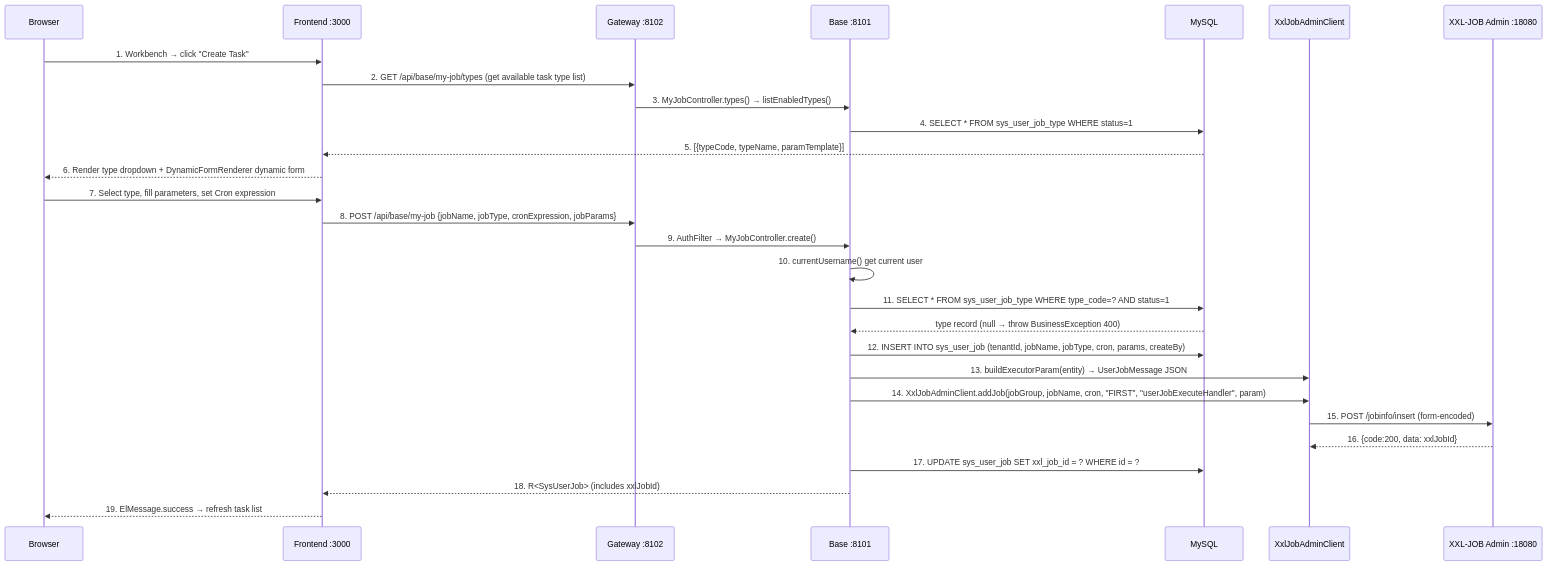
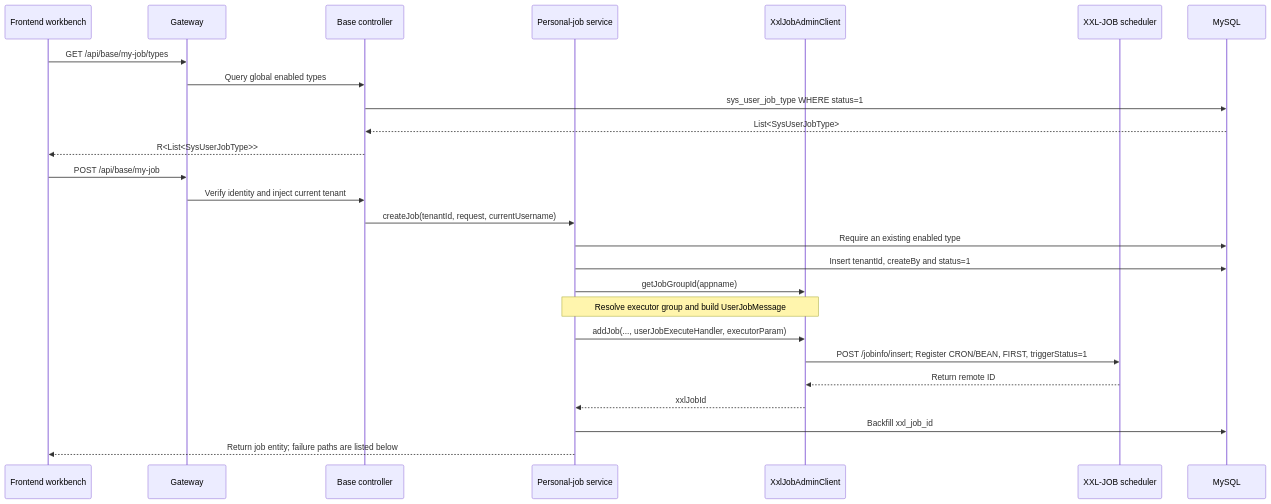
Diagram 12 of 21 in docs/core-flows.en.md (wang-baohai/Omni-Stack), drawn with Mermaid before and after one commit. The commit also changed other lines of this file and 1095 other files, not shown here.

````diff
--- a/docs/core-flows.en.md
+++ b/docs/core-flows.en.md
@@ -1315,32 +1047,28 @@
 ```mermaid
 sequenceDiagram
-    participant B as Browser
-    participant F as Frontend :3000
-    participant G as Gateway :8102
-    participant Base as Base :8101
-    participant M as MySQL
+    participant F as Frontend workbench
+    participant G as Gateway
+    participant C as Base controller
+    participant S as Personal-job service
     participant X as XxlJobAdminClient
-    participant XA as XXL-JOB Admin :18080
-
-    B->>F: 1. Workbench → click "Create Task"
-    F->>G: 2. GET /api/base/my-job/types (get available task type list)
-    G->>Base: 3. MyJobController.types() → listEnabledTypes()
-    Base->>M: 4. SELECT * FROM sys_user_job_type WHERE status=1
-    M-->>F: 5. [{typeCode, typeName, paramTemplate}]
-    F-->>B: 6. Render type dropdown + DynamicFormRenderer dynamic form
-
-    B->>F: 7. Select type, fill parameters, set Cron expression
-    F->>G: 8. POST /api/base/my-job {jobName, jobType, cronExpression, jobParams}
-    G->>Base: 9. AuthFilter → MyJobController.create()
-    Base->>Base: 10. currentUsername() get current user
-    Base->>M: 11. SELECT * FROM sys_user_job_type WHERE type_code=? AND status=1
-    M-->>Base: type record (null → throw BusinessException 400)
-    Base->>M: 12. INSERT INTO sys_user_job (tenantId, jobName, jobType, cron, params, createBy)
-    Base->>X: 13. buildExecutorParam(entity) → UserJobMessage JSON
-    Base->>X: 14. XxlJobAdminClient.addJob(jobGroup, jobName, cron, "FIRST", "userJobExecuteHandler", param)
-    X->>XA: 15. POST /jobinfo/insert (form-encoded)
-    XA-->>X: 16. {code:200, data: xxlJobId}
-    Base->>M: 17. UPDATE sys_user_job SET xxl_job_id = ? WHERE id = ?
-    Base-->>F: 18. R<SysUserJob> (includes xxlJobId)
-    F-->>B: 19. ElMessage.success → refresh task list
+    participant A as XXL-JOB scheduler
+    participant D as MySQL
+    F->>G: GET /api/base/my-job/types
+    G->>C: Query global enabled types
+    C->>D: sys_user_job_type WHERE status=1
+    D-->>C: List<SysUserJobType>
+    C-->>F: R<List<SysUserJobType>>
+    F->>G: POST /api/base/my-job
+    G->>C: Verify identity and inject current tenant
+    C->>S: createJob(tenantId, request, currentUsername)
+    S->>D: Require an existing enabled type
+    S->>D: Insert tenantId, createBy and status=1
+    S->>X: getJobGroupId(appname)
+    Note over S,X: Resolve executor group and build UserJobMessage
+    S->>X: addJob(..., userJobExecuteHandler, executorParam)
+    X->>A: POST /jobinfo/insert#59; Register CRON/BEAN, FIRST, triggerStatus=1
+    A-->>X: Return remote ID
+    X-->>S: xxlJobId
+    S->>D: Backfill xxl_job_id
+    S-->>F: Return job entity#59; failure paths are listed below
 ```
````
